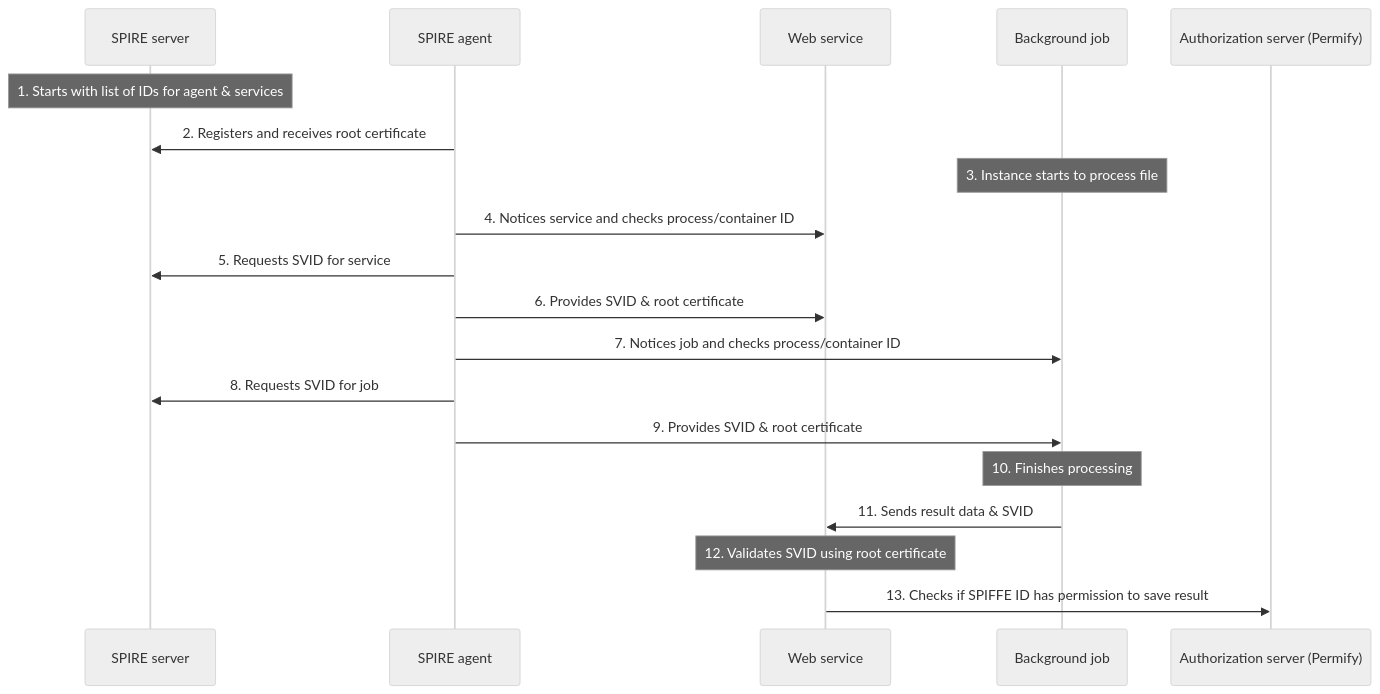
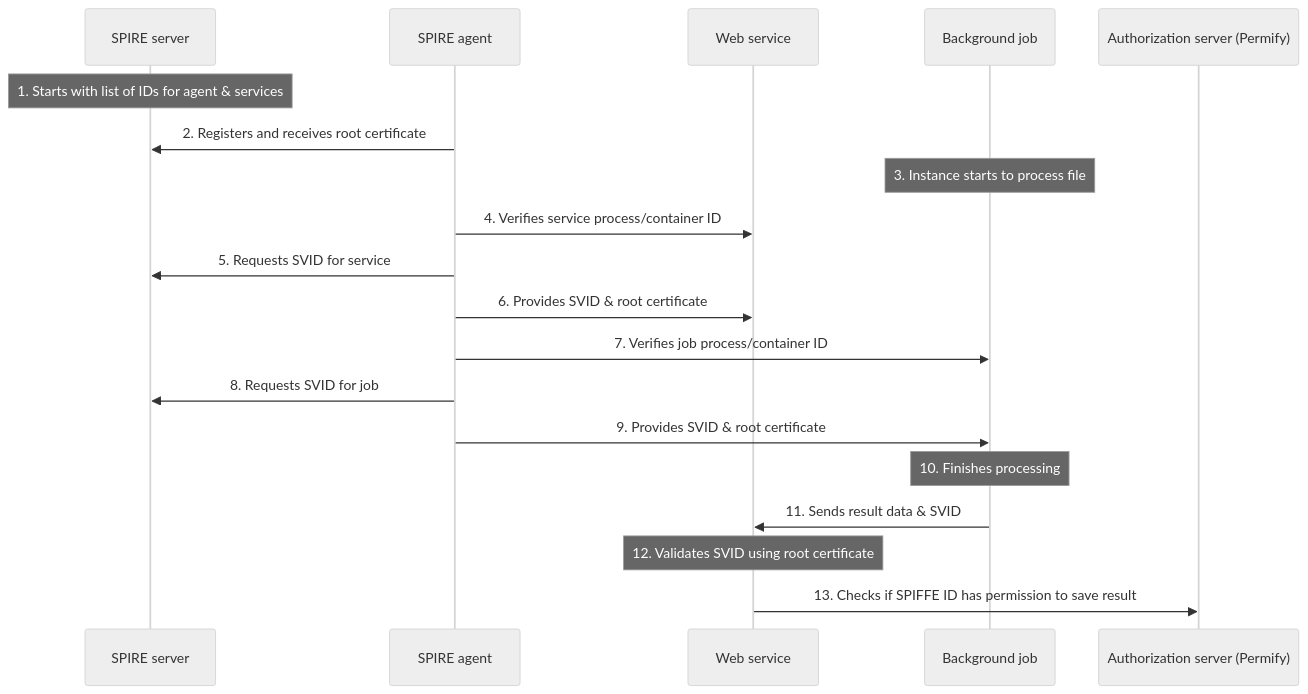
Before and after one commit to FusionAuth/fusionauth-site: the first of 2 diagrams in astro/src/content/docs/operate/secure/permify-spire.mdx, drawn with Mermaid (neutral theme). The commit also changed other lines of this file, not shown here.

````diff
--- a/astro/src/content/docs/operate/secure/permify-spire.mdx
+++ b/astro/src/content/docs/operate/secure/permify-spire.mdx
@@ -109,22 +81,22 @@
 ```mermaid
 sequenceDiagram
     participant Server as SPIRE server
     participant Agent as SPIRE agent
     participant Web as Web service
     participant Job as Background job
     participant Auth as Authorization server (Permify)
 
     Note over Server: 1. Starts with list of IDs for agent & services
     Agent->>Server: 2. Registers and receives root certificate
     Note over Job: 3. Instance starts to process file
-    Agent->>Web: 4. Notices service and checks process/container ID
+    Agent->>Web: 4. Verifies service process/container ID
     Agent->>Server: 5. Requests SVID for service
     Agent->>Web: 6. Provides SVID & root certificate
-    Agent->>Job: 7. Notices job and checks process/container ID
+    Agent->>Job: 7. Verifies job process/container ID
     Agent->>Server: 8. Requests SVID for job
     Agent->>Job: 9. Provides SVID & root certificate
     Note over Job: 10. Finishes processing
     Job->>Web: 11. Sends result data & SVID
     Note over Web: 12. Validates SVID using root certificate
     Web->>Auth: 13. Checks if SPIFFE ID has permission to save result
 ```
````
